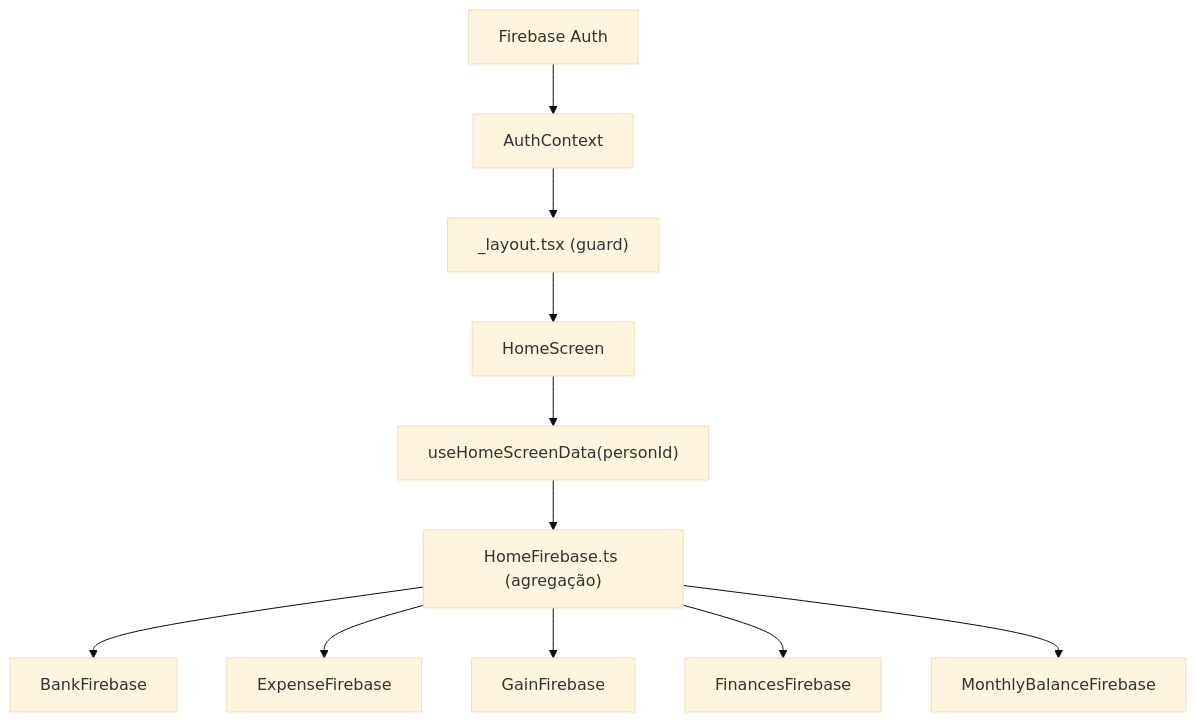
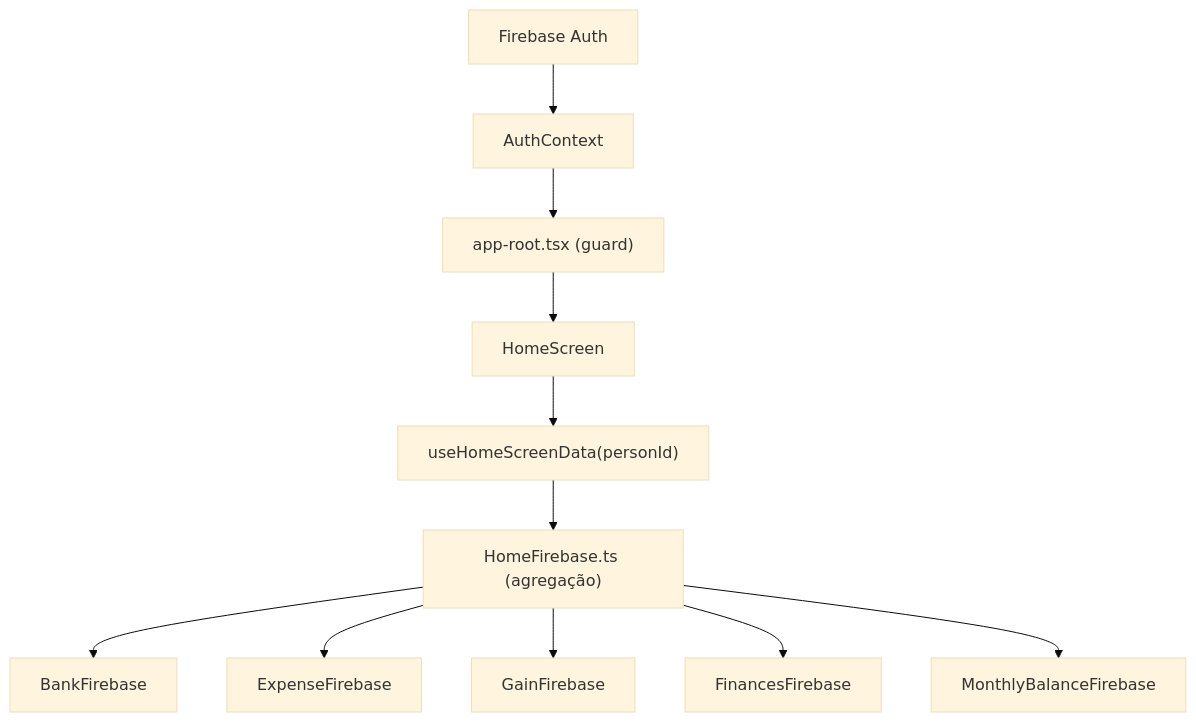
The second of 3 diagrams in Arquitetura/MOC - Lumus Finanças.md (gabrielmazz/finances-app), drawn with Mermaid (base theme) before and after one commit. The commit also changed other lines of this file and 59 other files, not shown here.

````diff
--- a/Arquitetura/MOC - Lumus Finanças.md
+++ b/Arquitetura/MOC - Lumus Finanças.md
@@ -105,13 +107,13 @@
 ```mermaid
 graph TD
     FA[Firebase Auth] --> AC[AuthContext]
-    AC --> RL["_layout.tsx (guard)"]
+    AC --> RL["app-root.tsx (guard)"]
     RL --> HS[HomeScreen]
     HS --> UH["useHomeScreenData(personId)"]
     UH --> HF["HomeFirebase.ts (agregação)"]
     HF --> BF[BankFirebase]
     HF --> EF[ExpenseFirebase]
     HF --> GF[GainFirebase]
     HF --> FF[FinancesFirebase]
     HF --> MBF[MonthlyBalanceFirebase]
 ```
````
